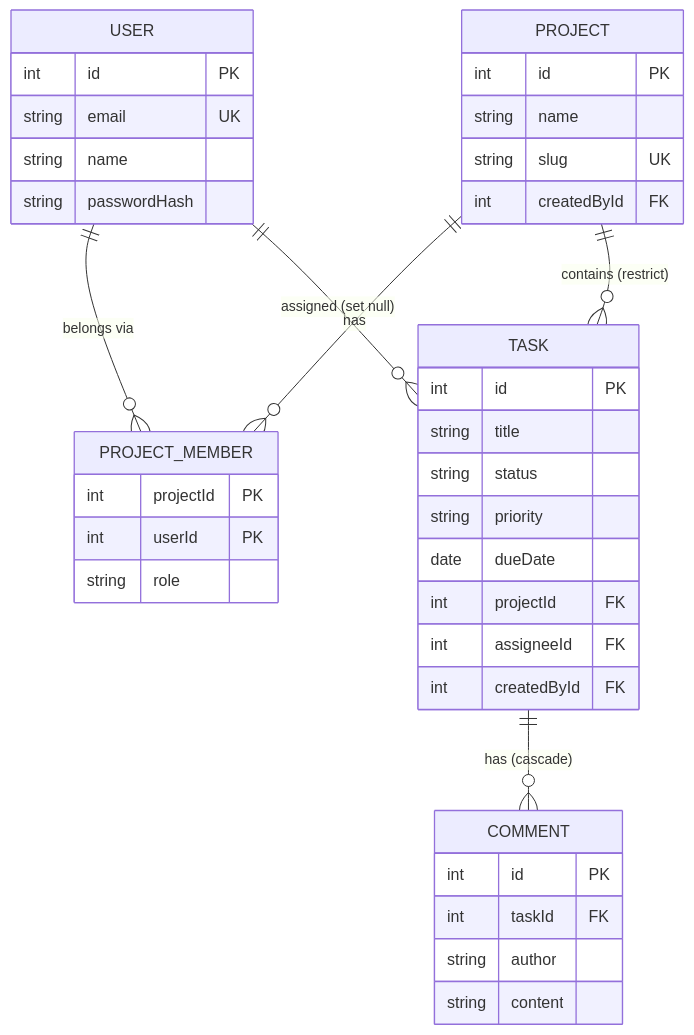
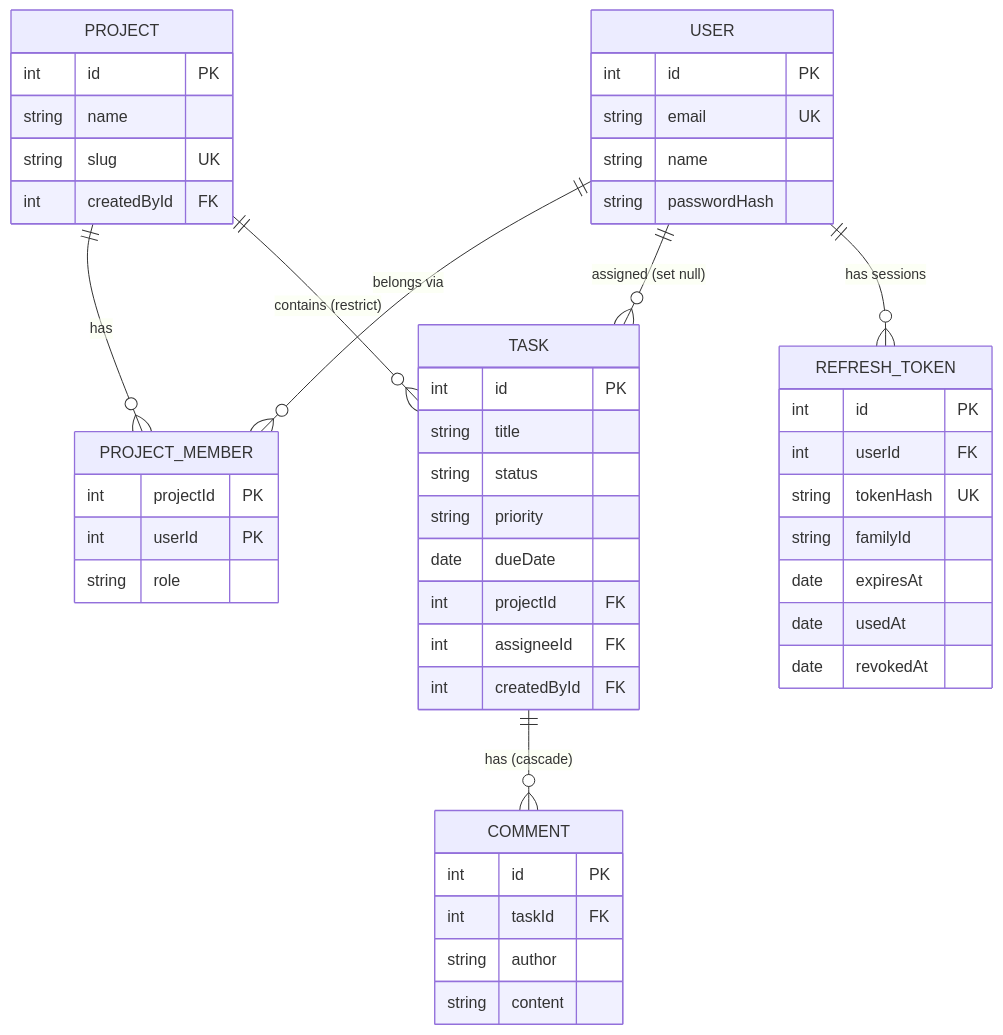
Before and after one commit to YitbarekYonas/taskflow-api: the second of 2 diagrams in README.md, drawn with Mermaid. The commit also changed other lines of this file and 19 other files, not shown here.

````diff
--- a/README.md
+++ b/README.md
@@ -197,32 +238,40 @@
 ```mermaid
 erDiagram
   USER ||--o{ PROJECT_MEMBER : "belongs via"
   PROJECT ||--o{ PROJECT_MEMBER : "has"
   PROJECT ||--o{ TASK : "contains (restrict)"
   USER ||--o{ TASK : "assigned (set null)"
   TASK ||--o{ COMMENT : "has (cascade)"
+  USER ||--o{ REFRESH_TOKEN : "has sessions"
 
   USER { int id PK
          string email UK
          string name
          string passwordHash }
   PROJECT { int id PK
             string name
             string slug UK
             int createdById FK }
   PROJECT_MEMBER { int projectId PK
                    int userId PK
                    string role }
   TASK { int id PK
          string title
          string status
          string priority
          date dueDate
          int projectId FK
          int assigneeId FK
          int createdById FK }
   COMMENT { int id PK
             int taskId FK
             string author
             string content }
+  REFRESH_TOKEN { int id PK
+                  int userId FK
+                  string tokenHash UK
+                  string familyId
+                  date expiresAt
+                  date usedAt
+                  date revokedAt }
 ```
````
